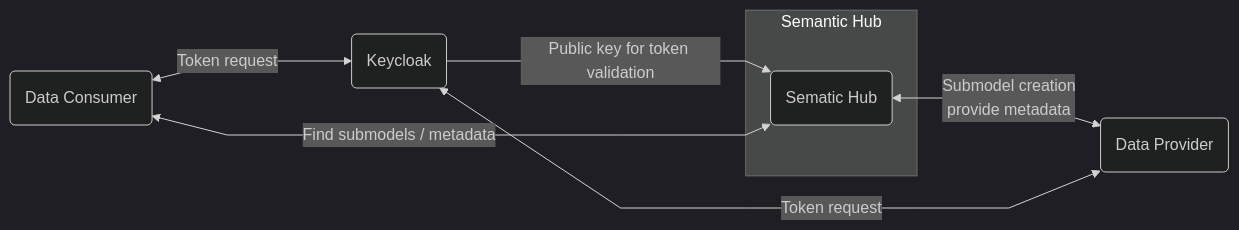
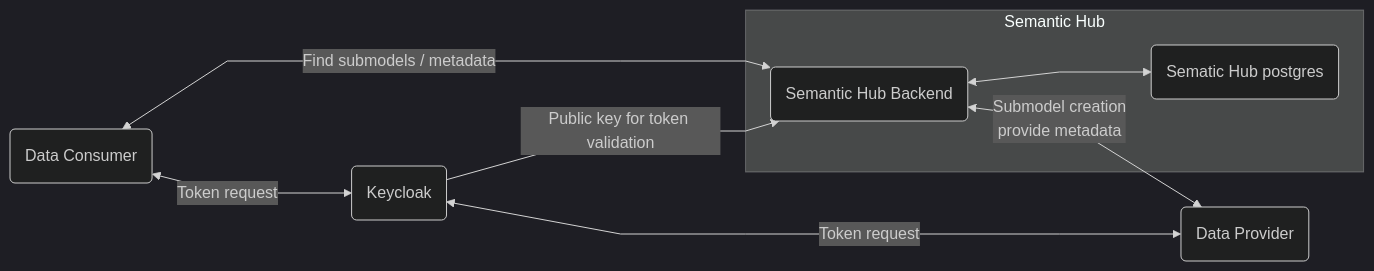
Before and after one commit to eclipse-tractusx/sldt-semantic-hub: the diagram in docs/documentation.md, drawn with Mermaid (dark theme).

Commit message:
docs: add backend to dfd

````diff
--- a/docs/documentation.md
+++ b/docs/documentation.md
@@ -86,19 +86,22 @@
 ```mermaid
 %%{init: {"flowchart": {"curve": "linear"} }}%%
 flowchart LR
     DC(Data Consumer)
     DP(Data Provider)
     K(Keycloak)
 
     subgraph Semantic Hub
-    SH(Sematic Hub)
+    SHB(Semantic Hub Backend)
+    SH(Sematic Hub postgres)
     end
     
-    SH <-->|Find submodels / metadata| DC
-    SH <-->|Submodel creation \n provide metadata| DP
+    SHB <-->|Find submodels / metadata| DC
+    SHB <-->|Submodel creation \n provide metadata| DP
 
-    K -->|Public key for token validation| SH
+    SHB <--> SH
+
+    K -->|Public key for token validation| SHB
 
     DC <-->|Token request| K
     DP <-->|Token request| K
 ```
````
